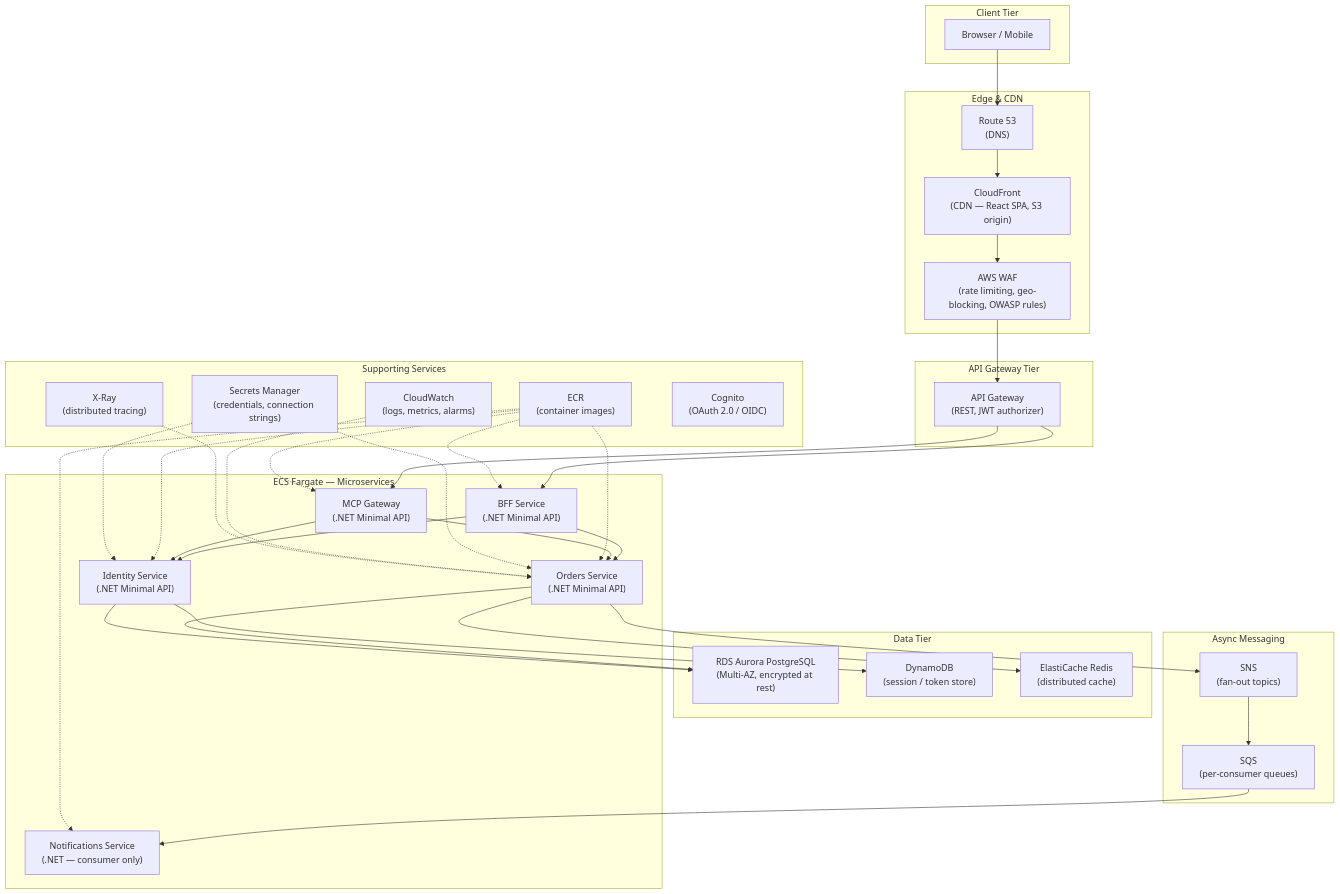
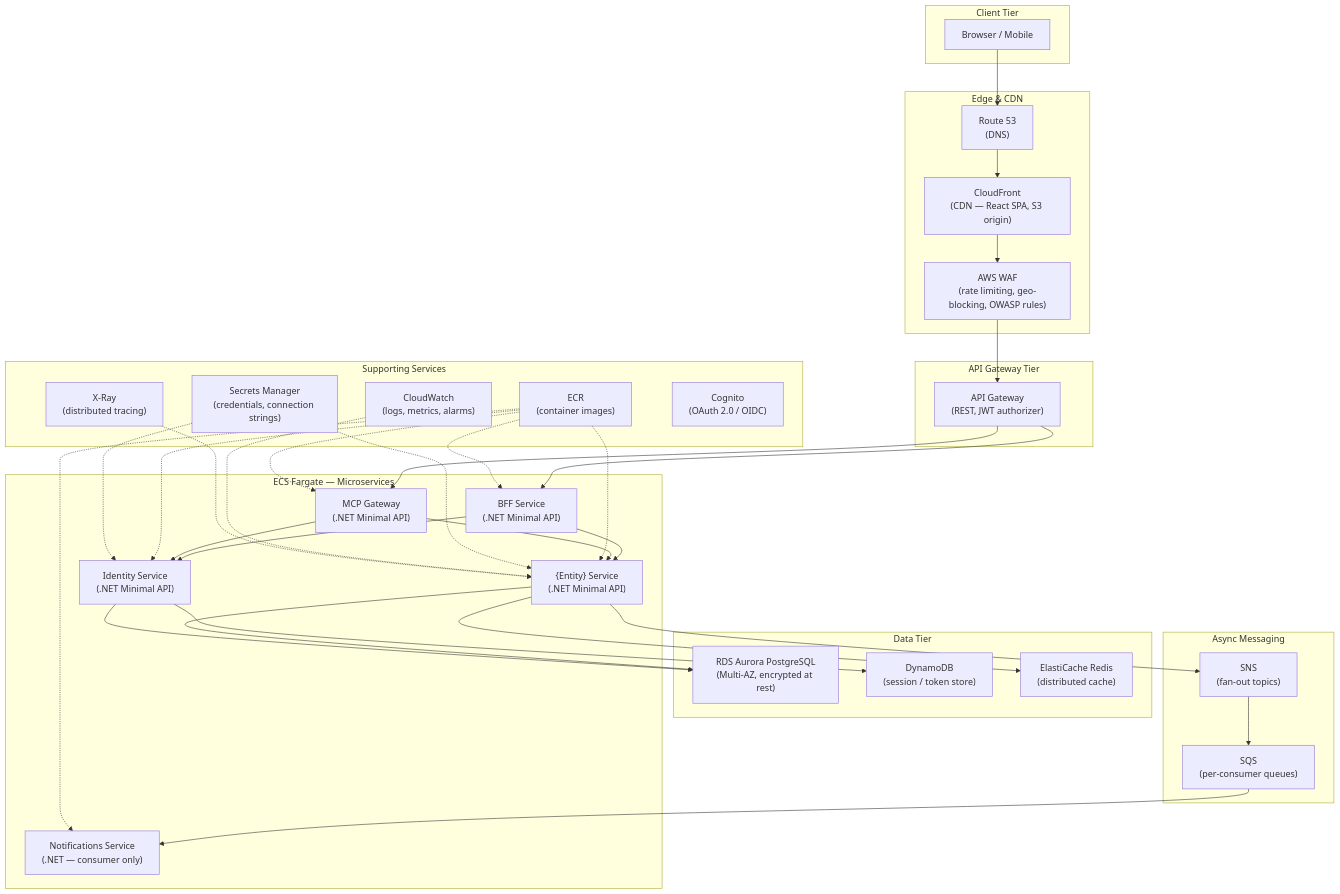
Before and after one commit to eolivas/eaa: the diagram in docs/cloud-topology/aws-topology.md, drawn with Mermaid. The commit also changed other lines of this file and 11 other files, not shown here.

````diff
--- a/docs/cloud-topology/aws-topology.md
+++ b/docs/cloud-topology/aws-topology.md
@@ -11,71 +11,71 @@
 ```mermaid
 graph TD
     subgraph Client["Client Tier"]
         Browser["Browser / Mobile"]
     end
 
     subgraph Edge["Edge & CDN"]
         R53["Route 53\n(DNS)"]
         CF["CloudFront\n(CDN — React SPA, S3 origin)"]
         WAF["AWS WAF\n(rate limiting, geo-blocking, OWASP rules)"]
     end
 
     subgraph Gateway["API Gateway Tier"]
         APIGW["API Gateway\n(REST, JWT authorizer)"]
     end
 
     subgraph Compute["ECS Fargate — Microservices"]
         BFF["BFF Service\n(.NET Minimal API)"]
         Identity["Identity Service\n(.NET Minimal API)"]
-        Orders["Orders Service\n(.NET Minimal API)"]
+        CoreService["{Entity} Service\n(.NET Minimal API)"]
         MCP["MCP Gateway\n(.NET Minimal API)"]
         Notifications["Notifications Service\n(.NET — consumer only)"]
     end
 
     subgraph Data["Data Tier"]
         Aurora["RDS Aurora PostgreSQL\n(Multi-AZ, encrypted at rest)"]
         DDB["DynamoDB\n(session / token store)"]
         Redis["ElastiCache Redis\n(distributed cache)"]
     end
 
     subgraph Messaging["Async Messaging"]
         SNS["SNS\n(fan-out topics)"]
         SQS["SQS\n(per-consumer queues)"]
     end
 
     subgraph Supporting["Supporting Services"]
         ECR["ECR\n(container images)"]
         SM["Secrets Manager\n(credentials, connection strings)"]
         CW["CloudWatch\n(logs, metrics, alarms)"]
         XRay["X-Ray\n(distributed tracing)"]
         Cognito["Cognito\n(OAuth 2.0 / OIDC)"]
     end
 
     Browser --> R53
     R53 --> CF
     CF --> WAF
     WAF --> APIGW
     APIGW --> BFF
     APIGW --> MCP
     BFF --> Identity
-    BFF --> Orders
-    Orders --> Aurora
+    BFF --> CoreService
+    CoreService --> Aurora
     Identity --> Aurora
     Identity --> DDB
-    Orders --> Redis
-    Orders --> SNS
+    CoreService --> Redis
+    CoreService --> SNS
     SNS --> SQS
     SQS --> Notifications
-    MCP --> Orders
+    MCP --> CoreService
     MCP --> Identity
 
     ECR -.-> BFF
     ECR -.-> Identity
-    ECR -.-> Orders
+    ECR -.-> CoreService
     ECR -.-> Notifications
     ECR -.-> MCP
-    SM -.-> Orders
+    SM -.-> CoreService
     SM -.-> Identity
-    CW -.-> Orders
-    XRay -.-> Orders
+    CW -.-> CoreService
+    XRay -.-> CoreService
 ```
````
